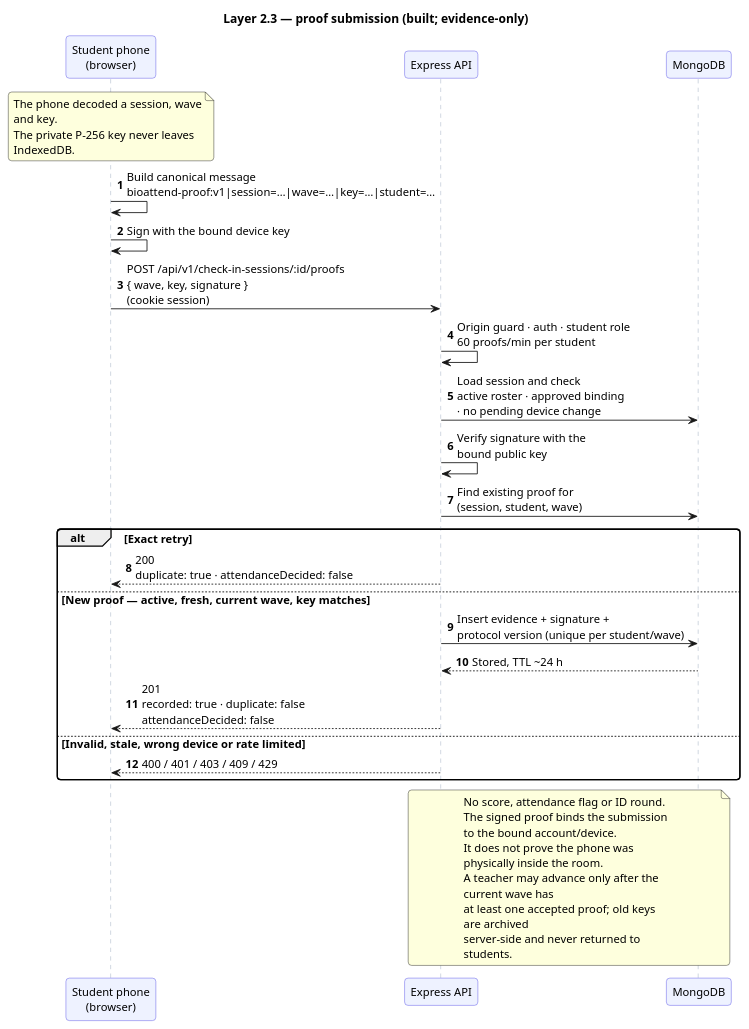
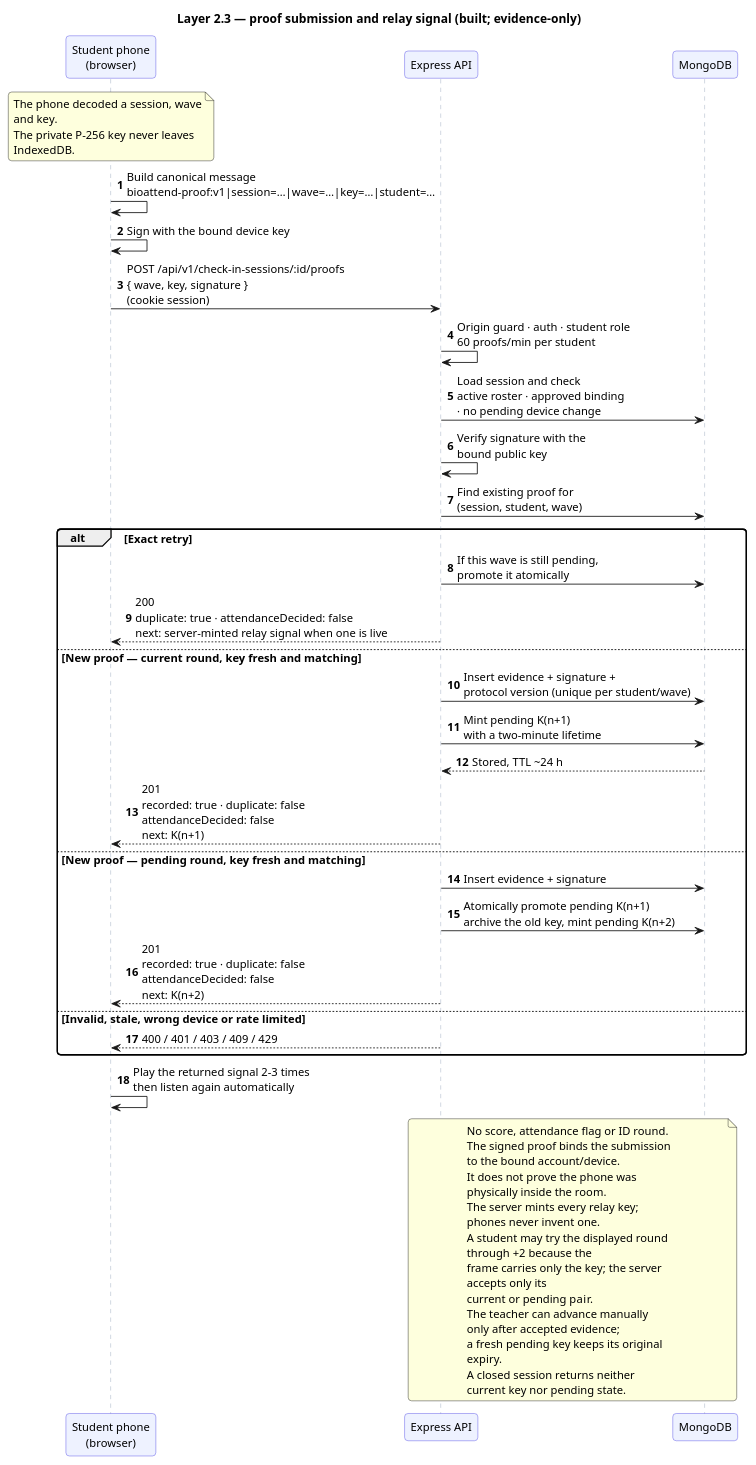
One commit to 12SHIVANSH-SINGH/Capstone-7th-sem changed the diagram in docs/diagrams/proof-transport.puml. Above: the diagram before and after it, drawn with PlantUML. The commit also changed 40 other files, not shown here.

```diff
--- a/docs/diagrams/proof-transport.puml
+++ b/docs/diagrams/proof-transport.puml
@@ -1,54 +1,66 @@
 @startuml
 !pragma layout smetana
-title Layer 2.3 — proof submission (built; evidence-only)
+title Layer 2.3 — proof submission and relay signal (built; evidence-only)
 
 skinparam defaultFontName "Arial"
 skinparam defaultFontSize 13
 skinparam shadowing false
 skinparam roundCorner 8
 skinparam wrapWidth 240
 skinparam sequence {
   ParticipantBackgroundColor #EEF2FF
   ParticipantBorderColor #4F46E5
   LifeLineBorderColor #94A3B8
 }
 autonumber
 
 participant "Student phone\n(browser)" as Phone
 participant "Express API" as API
 participant "MongoDB" as DB
 
 note over Phone
   The phone decoded a session, wave and key.
   The private P-256 key never leaves IndexedDB.
 end note
 
 Phone -> Phone: Build canonical message\nbioattend-proof:v1|session=…|wave=…|key=…|student=…
 Phone -> Phone: Sign with the bound device key
 Phone -> API: POST /api/v1/check-in-sessions/:id/proofs\n{ wave, key, signature }\n(cookie session)
 
 API -> API: Origin guard · auth · student role\n60 proofs/min per student
 API -> DB: Load session and check\nactive roster · approved binding\n· no pending device change
 API -> API: Verify signature with the\nbound public key
 API -> DB: Find existing proof for\n(session, student, wave)
 
 alt Exact retry
-  API --> Phone: 200\nduplicate: true · attendanceDecided: false
-else New proof — active, fresh, current wave, key matches
+  API -> DB: If this wave is still pending,\npromote it atomically
+  API --> Phone: 200\nduplicate: true · attendanceDecided: false\nnext: server-minted relay signal when one is live
+else New proof — current round, key fresh and matching
   API -> DB: Insert evidence + signature +\nprotocol version (unique per student/wave)
+  API -> DB: Mint pending K(n+1)\nwith a two-minute lifetime
   DB --> API: Stored, TTL ~24 h
-  API --> Phone: 201\nrecorded: true · duplicate: false\nattendanceDecided: false
+  API --> Phone: 201\nrecorded: true · duplicate: false\nattendanceDecided: false\nnext: K(n+1)
+else New proof — pending round, key fresh and matching
+  API -> DB: Insert evidence + signature
+  API -> DB: Atomically promote pending K(n+1)\narchive the old key, mint pending K(n+2)
+  API --> Phone: 201\nrecorded: true · duplicate: false\nattendanceDecided: false\nnext: K(n+2)
 else Invalid, stale, wrong device or rate limited
   API --> Phone: 400 / 401 / 403 / 409 / 429
 end
+
+Phone -> Phone: Play the returned signal 2-3 times\nthen listen again automatically
 
 note over API, DB
   No score, attendance flag or ID round.
   The signed proof binds the submission to the bound account/device.
   It does not prove the phone was physically inside the room.
-  A teacher may advance only after the current wave has
-  at least one accepted proof; old keys are archived
-  server-side and never returned to students.
+  The server mints every relay key; phones never invent one.
+  A student may try the displayed round through +2 because the
+  frame carries only the key; the server accepts only its
+  current or pending pair.
+  The teacher can advance manually only after accepted evidence;
+  a fresh pending key keeps its original expiry.
+  A closed session returns neither current key nor pending state.
 end note
 
 @enduml
```
